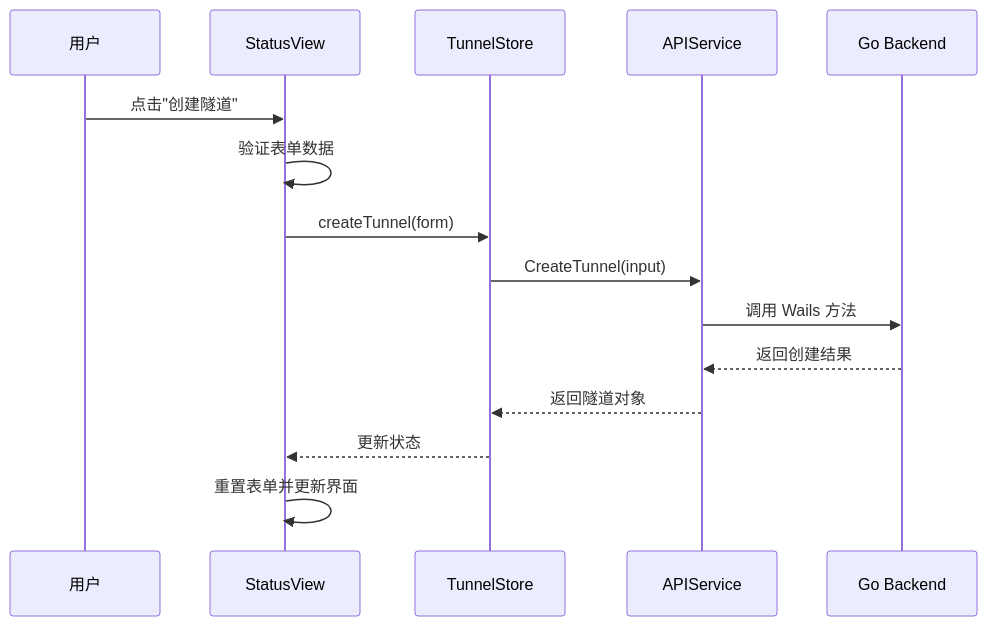
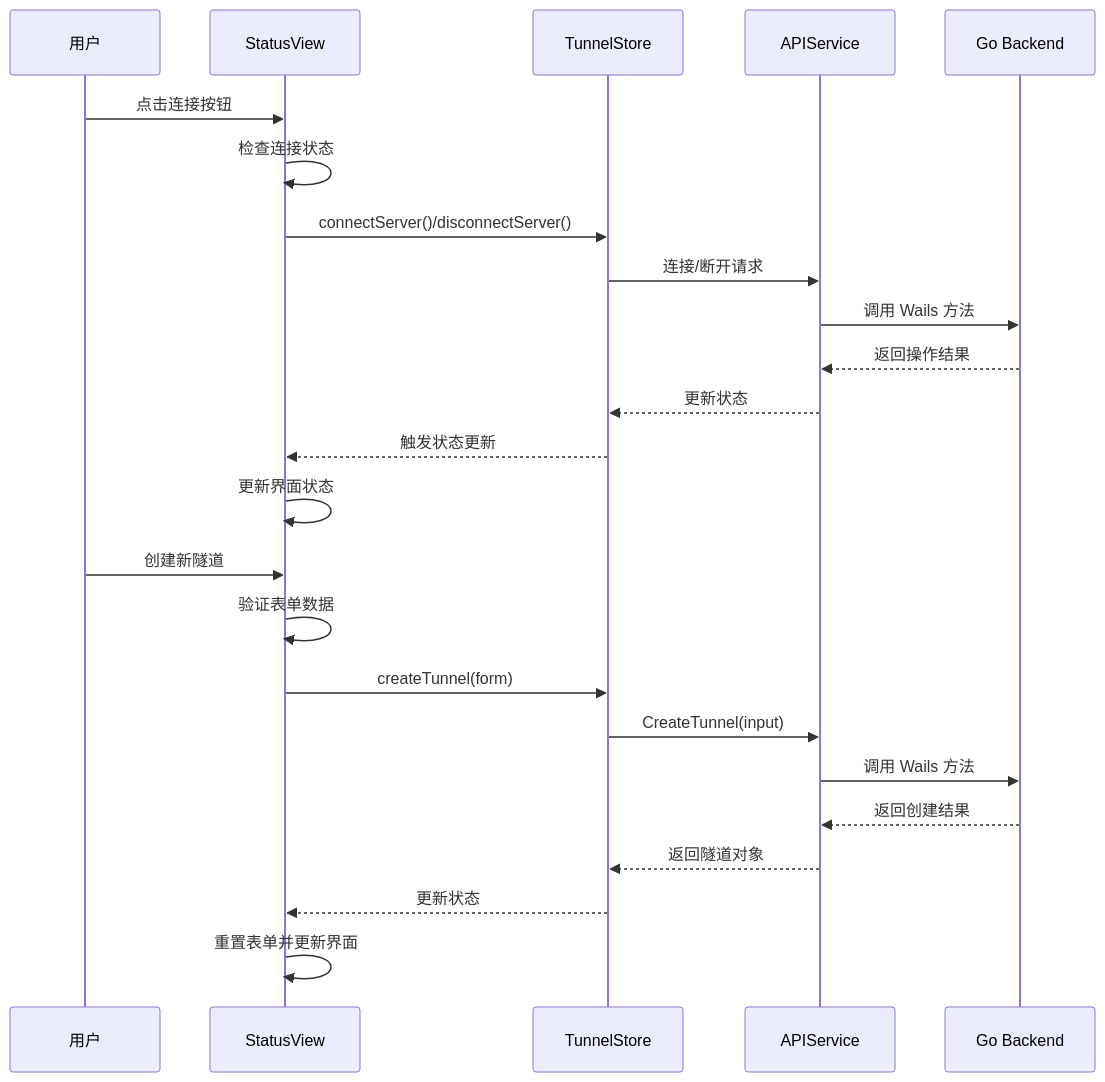
One commit to itsharex/NexTunnel changed the eighth of 13 diagrams in .qoder/repowiki/zh/content/架构设计/桌面端架构设计/组件系统设计/组件系统设计.md. Above: the diagram before and after it, drawn with Mermaid. The commit also changed other lines of this file and 41 other files, not shown here.

````diff
--- a/.qoder/repowiki/zh/content/架构设计/桌面端架构设计/组件系统设计/组件系统设计.md
+++ b/.qoder/repowiki/zh/content/架构设计/桌面端架构设计/组件系统设计/组件系统设计.md
@@ -247,17 +401,26 @@
 ```mermaid
 sequenceDiagram
 participant User as 用户
 participant StatusView as StatusView
 participant Store as TunnelStore
 participant API as APIService
 participant Backend as Go Backend
-User->>StatusView : 点击"创建隧道"
+User->>StatusView : 点击连接按钮
+StatusView->>StatusView : 检查连接状态
+StatusView->>Store : connectServer()/disconnectServer()
+Store->>API : 连接/断开请求
+API->>Backend : 调用 Wails 方法
+Backend-->>API : 返回操作结果
+API-->>Store : 更新状态
+Store-->>StatusView : 触发状态更新
+StatusView->>StatusView : 更新界面状态
+User->>StatusView : 创建新隧道
 StatusView->>StatusView : 验证表单数据
 StatusView->>Store : createTunnel(form)
 Store->>API : CreateTunnel(input)
 API->>Backend : 调用 Wails 方法
 Backend-->>API : 返回创建结果
 API-->>Store : 返回隧道对象
 Store-->>StatusView : 更新状态
 StatusView->>StatusView : 重置表单并更新界面
 ```
````
